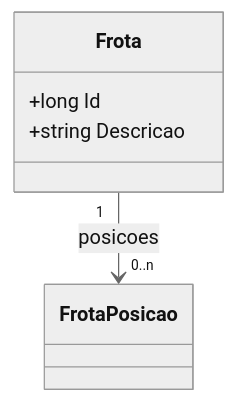
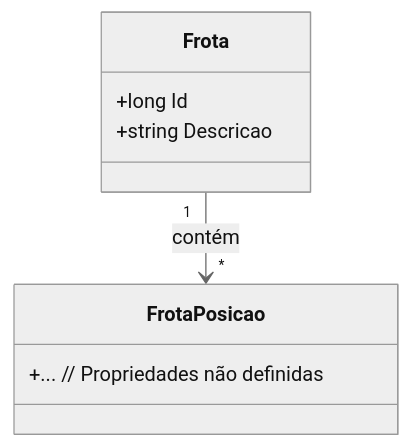
Before and after one commit to IsthmusSistemas/documentacao-tecnica: the diagram in docs/b2b-dominio/IsthmusWinthor.Nucleo/IsthmusWinthor.Dominio/Entidades/Frota.md, drawn with Mermaid (neutral theme). The commit also changed other lines of this file and 882 other files, not shown here.

````diff
--- a/docs/b2b-dominio/IsthmusWinthor.Nucleo/IsthmusWinthor.Dominio/Entidades/Frota.md
+++ b/docs/b2b-dominio/IsthmusWinthor.Nucleo/IsthmusWinthor.Dominio/Entidades/Frota.md
@@ -28,11 +15,13 @@
 ```mermaid
 classDiagram
     class Frota {
         +long Id
         +string Descricao
     }
 
-    class FrotaPosicao
+    class FrotaPosicao {
+        +... // Propriedades não definidas
+    }
 
-    Frota "1" --> "0..n" FrotaPosicao : posicoes
+    Frota "1" --> "*" FrotaPosicao : contém
 ```
````
